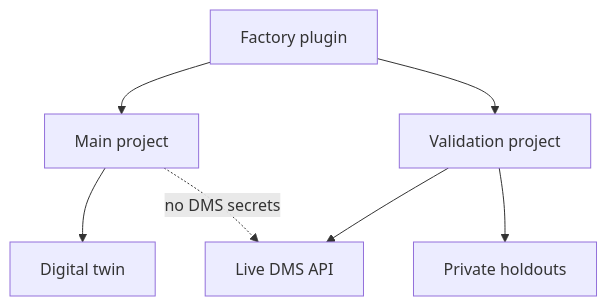
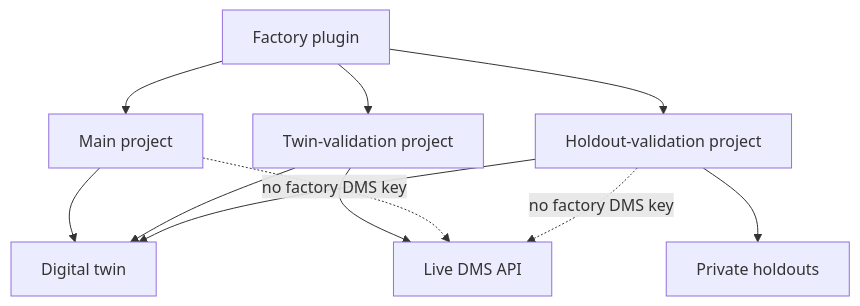
The second of 2 diagrams in docs/factory/readme.md (nateberkopec/mcp-deadmansnitch), drawn with Mermaid before and after one commit. The commit also changed other lines of this file and 4 other files, not shown here.

Commit message:
docs: restrict factory DMS key to twin validation

````diff
--- a/docs/factory/readme.md
+++ b/docs/factory/readme.md
@@ -27,9 +27,13 @@
 ```mermaid
 flowchart TB
     P[Factory plugin] --> MAIN[Main project]
-    P --> VALIDATE[Validation project]
+    P --> TV[Twin-validation project]
+    P --> HV[Holdout-validation project]
     MAIN --> TWIN[Digital twin]
-    VALIDATE --> LIVE[Live DMS API]
-    VALIDATE --> HOLDOUT[Private holdouts]
-    MAIN -. no DMS secrets .-> LIVE
+    TV --> TWIN
+    TV --> LIVE[Live DMS API]
+    HV --> TWIN
+    HV --> HOLDOUT[Private holdouts]
+    MAIN -. no factory DMS key .-> LIVE
+    HV -. no factory DMS key .-> LIVE
 ```
````
